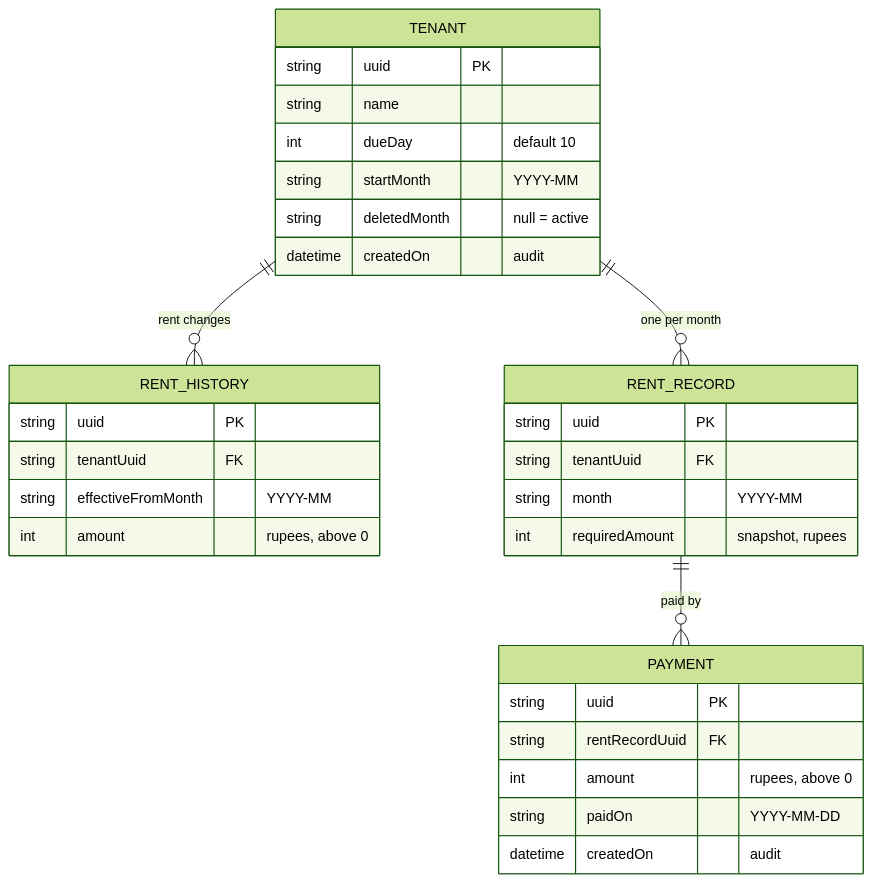
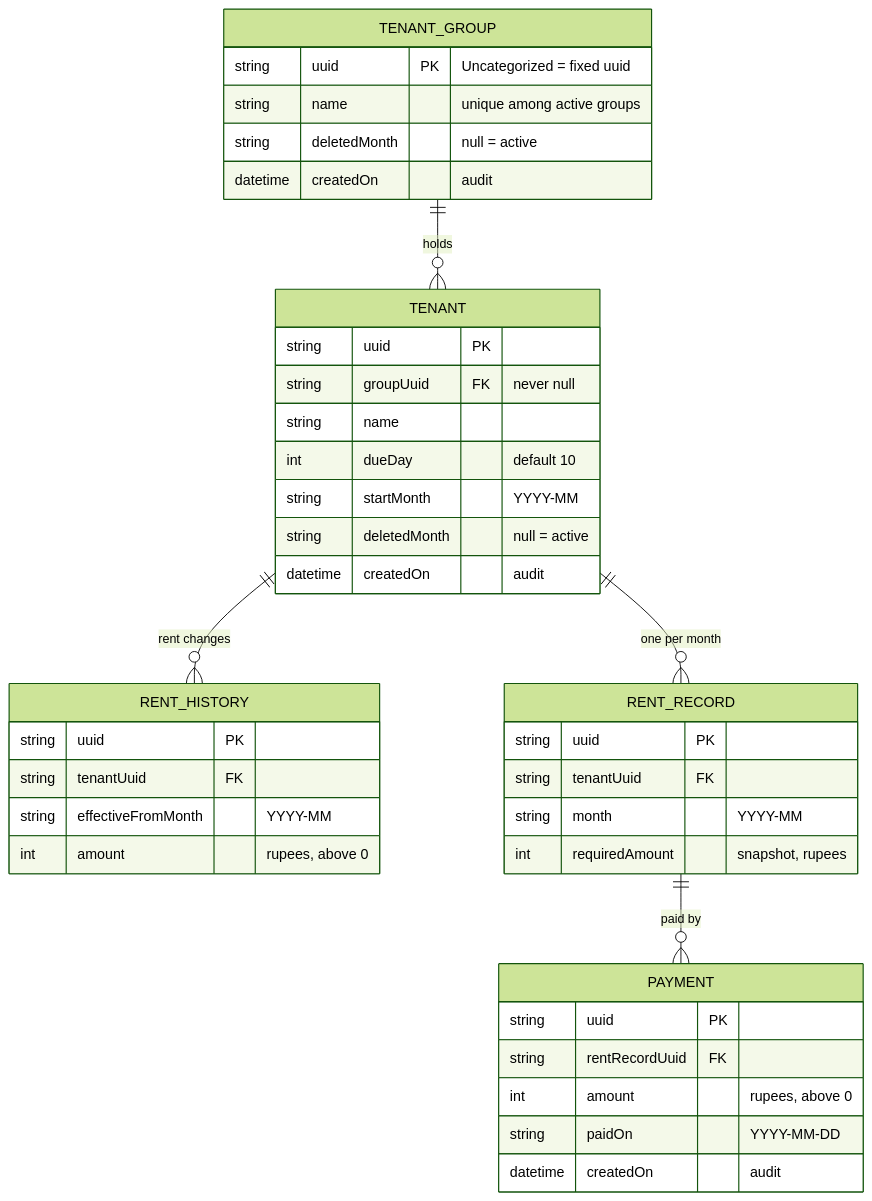
Before and after one commit to RanjanKiran707/tenant-rent-tracker: the diagram in project_spec/erd_tenant_tracker.md, drawn with Mermaid (forest theme). The commit also changed other lines of this file and 55 other files, not shown here.

First line of the commit message:
Add tenant groups

````diff
--- a/project_spec/erd_tenant_tracker.md
+++ b/project_spec/erd_tenant_tracker.md
@@ -5,37 +5,46 @@
 ```mermaid
 erDiagram
+    TENANT_GROUP ||--o{ TENANT : "holds"
     TENANT ||--o{ RENT_HISTORY : "rent changes"
     TENANT ||--o{ RENT_RECORD : "one per month"
     RENT_RECORD ||--o{ PAYMENT : "paid by"
 
+    TENANT_GROUP {
+        string uuid PK "Uncategorized = fixed uuid"
+        string name "unique among active groups"
+        string deletedMonth "null = active"
+        datetime createdOn "audit"
+    }
+
     TENANT {
         string uuid PK
+        string groupUuid FK "never null"
         string name
         int dueDay "default 10"
         string startMonth "YYYY-MM"
         string deletedMonth "null = active"
         datetime createdOn "audit"
     }
 
     RENT_HISTORY {
         string uuid PK
         string tenantUuid FK
         string effectiveFromMonth "YYYY-MM"
         int amount "rupees, above 0"
     }
 
     RENT_RECORD {
         string uuid PK
         string tenantUuid FK
         string month "YYYY-MM"
         int requiredAmount "snapshot, rupees"
     }
 
     PAYMENT {
         string uuid PK
         string rentRecordUuid FK
         int amount "rupees, above 0"
         string paidOn "YYYY-MM-DD"
         datetime createdOn "audit"
     }
 ```
````
